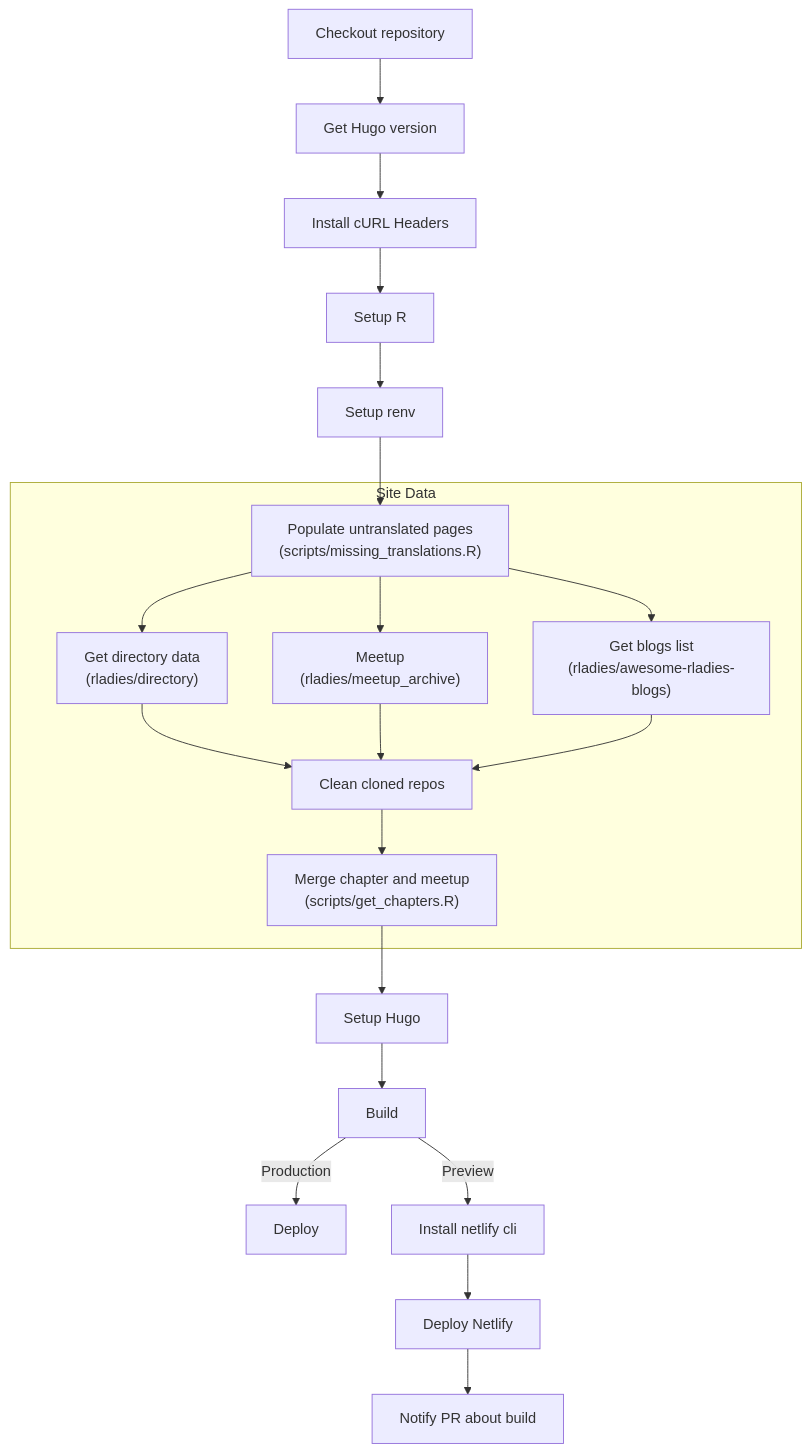
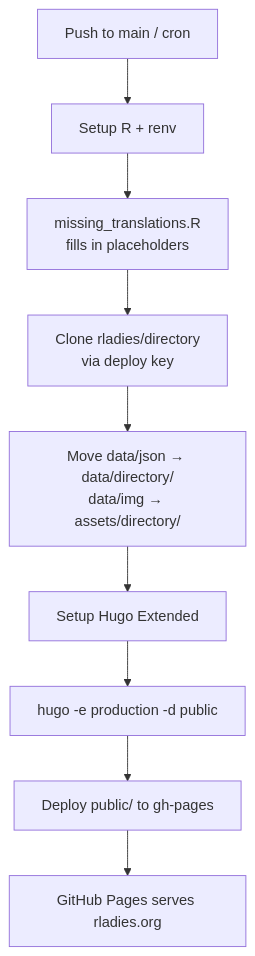
One commit to rladies/rladiesguide changed the first of 3 diagrams in content/website/admin_guide/gha/index.en.md. Above: the diagram before and after it, drawn with Mermaid. The commit also changed other lines of this file and 21 other files, not shown here.

````diff
--- a/content/website/admin_guide/gha/index.en.md
+++ b/content/website/admin_guide/gha/index.en.md
@@ -18,28 +115,11 @@
-{{< mermaid >}}
-graph TB
-
-A[Checkout repository] --> B[Get Hugo version]
-B --> C[Install cURL Headers]
-C --> D[Setup R]
-D --> E[Setup renv]
-E --> F["Populate untranslated pages\n(scripts/missing_translations.R)"]
-
-subgraph Site Data
-F --> G["Get directory data\n(rladies/directory)"]
-F --> H["Meetup\n(rladies/meetup_archive)"]
-F --> I["Get blogs list\n(rladies/awesome-rladies-blogs)"]
-G --> J["Clean cloned repos"]
-J --> K["Merge chapter and meetup\n(scripts/get_chapters.R)"]
-end
-
-H --> J
-I --> J
-K --> L[Setup Hugo]
-L --> M[Build]
-
-M -->|Production| N[Deploy]
-
-M -->|Preview| O[Install netlify cli]
-O --> P[Deploy Netlify]
-P --> Q["Notify PR about build"]
-{{< /mermaid >}}
+```mermaid
+flowchart TB
+    A[Push to main / cron] --> B[Setup R + renv]
+    B --> C[missing_translations.R<br>fills in placeholders]
+    C --> D[Clone rladies/directory<br>via deploy key]
+    D --> E[Move data/json → data/directory/<br>data/img → assets/directory/]
+    E --> F[Setup Hugo Extended]
+    F --> G[hugo -e production -d public]
+    G --> H[Deploy public/ to gh-pages]
+    H --> I[GitHub Pages serves rladies.org]
+```
````
